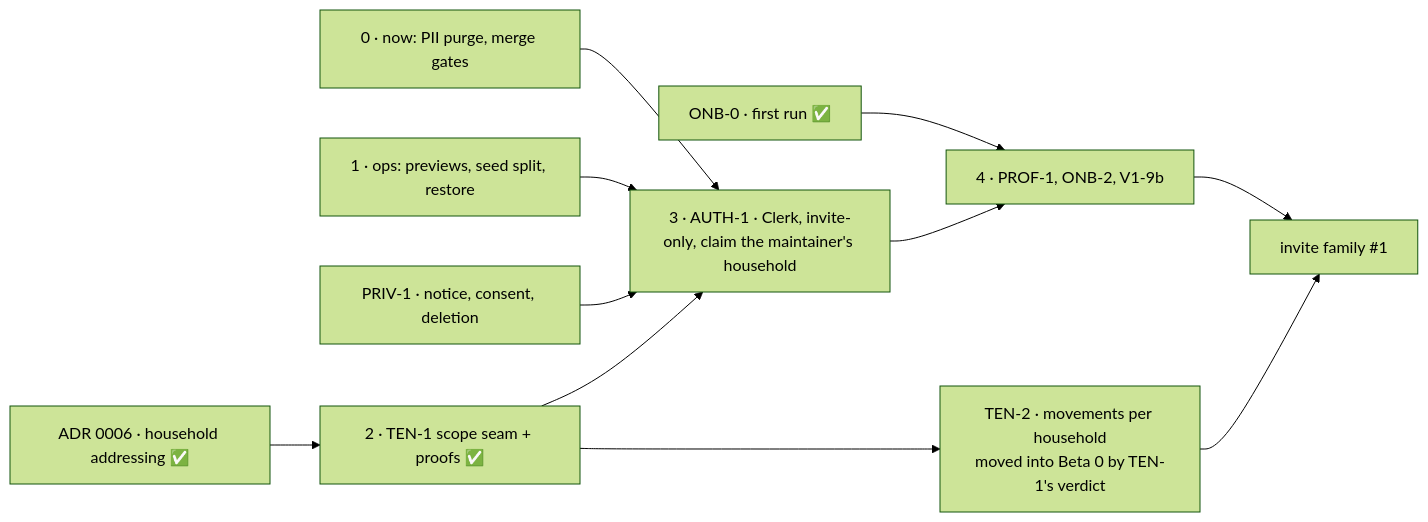
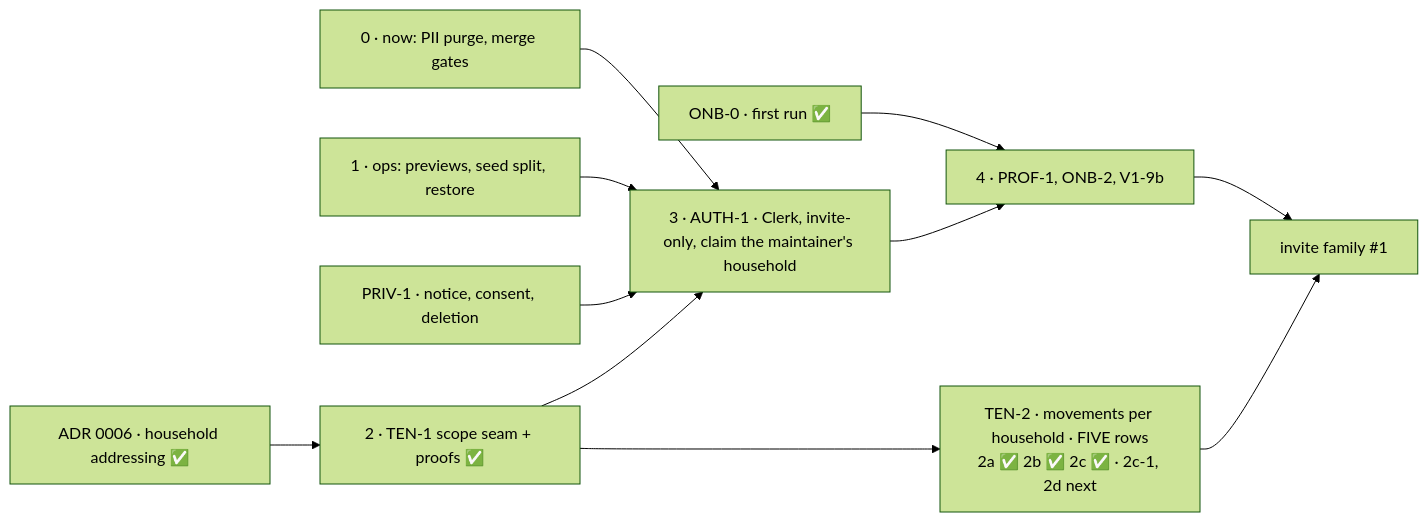
The diagram in docs/milestones/beta-1.md (ralamode/mat-plan), drawn with Mermaid (forest theme) before and after one commit. The commit also changed other lines of this file and 31 other files, not shown here.

First line of the commit message:
feat(ten-2c): drop the global movements.slug UNIQUE, and close the denial window (#281)

````diff
--- a/docs/milestones/beta-1.md
+++ b/docs/milestones/beta-1.md
@@ -77,13 +77,13 @@
 ```mermaid
 flowchart LR
   N[0 · now: PII purge, merge gates] --> AU
   O[1 · ops: previews, seed split, restore] --> AU
   ONB[ONB-0 · first run ✅] --> S
   PRIV[PRIV-1 · notice, consent, deletion] --> AU
   C[ADR 0006 · household addressing ✅] --> T[2 · TEN-1 scope seam + proofs ✅]
   T --> AU[3 · AUTH-1 · Clerk, invite-only, claim the maintainer's household]
-  T --> T2[TEN-2 · movements per household<br/>moved into Beta 0 by TEN-1's verdict]
+  T --> T2[TEN-2 · movements per household · FIVE rows<br/>2a ✅ 2b ✅ 2c ✅ · 2c-1, 2d next]
   AU --> S[4 · PROF-1, ONB-2, V1-9b]
   S --> I[invite family #1]
   T2 --> I
 ```
````
